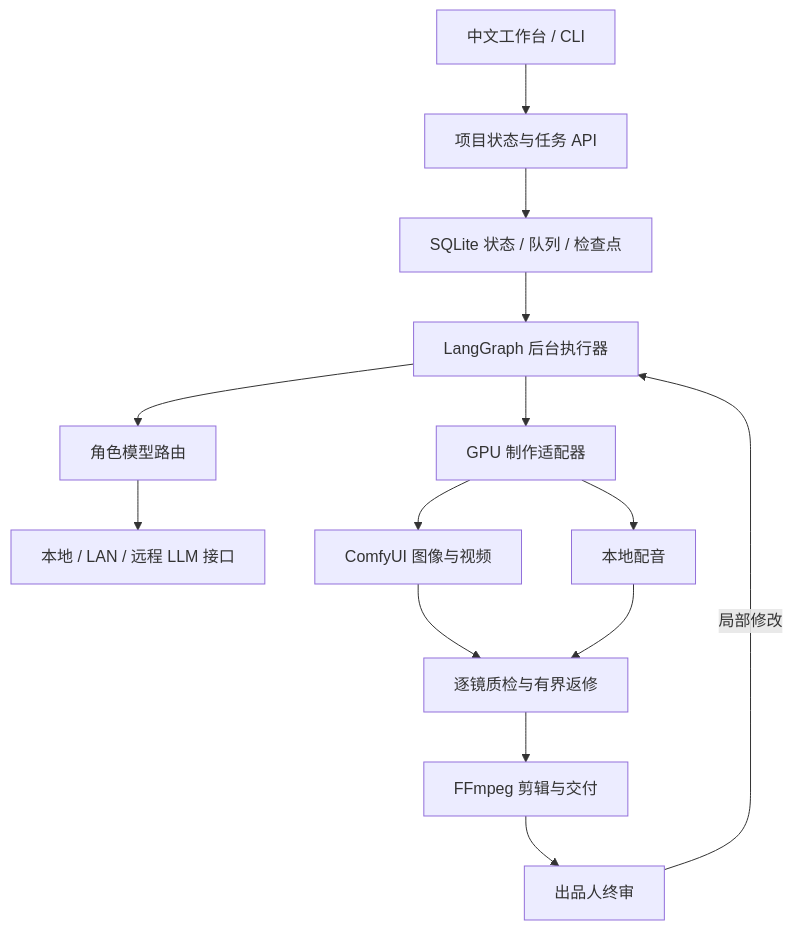
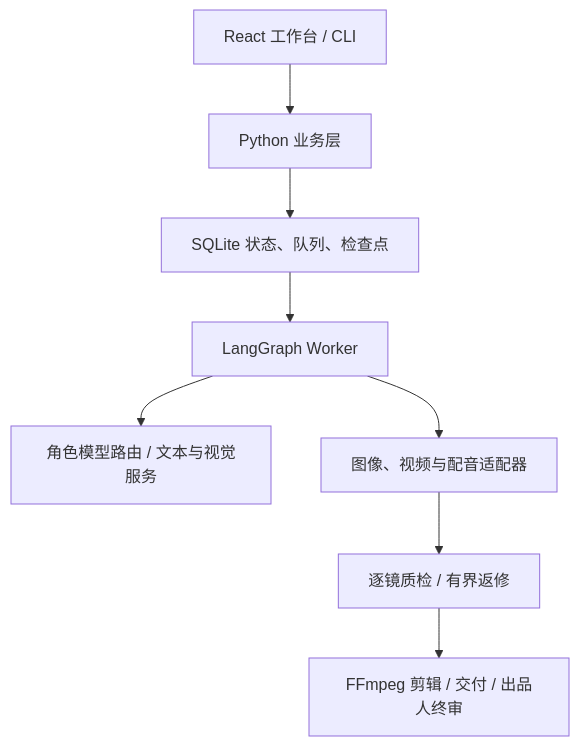
Before and after one commit to Xiiiing/ai-studio: the second of 2 diagrams in README.md, drawn with Mermaid. The commit also changed other lines of this file and 18 other files, not shown here.

````diff
--- a/README.md
+++ b/README.md
@@ -134,16 +134,10 @@
 ```mermaid
 flowchart TD
-  UI["中文工作台 / CLI"] --> API["项目状态与任务 API"]
-  API --> DB["SQLite 状态 / 队列 / 检查点"]
-  DB --> W["LangGraph 后台执行器"]
-  W --> R["角色模型路由"]
-  R --> L["本地 / LAN / 远程 LLM 接口"]
-  W --> G["GPU 制作适配器"]
-  G --> C["ComfyUI 图像与视频"]
-  G --> T["本地配音"]
-  C --> Q["逐镜质检与有界返修"]
-  T --> Q
-  Q --> E["FFmpeg 剪辑与交付"]
-  E --> D["出品人终审"]
-  D -->|局部修改| W
+  UI["React 工作台 / CLI"] --> API["Python 业务层"]
+  API --> DB["SQLite 状态、队列、检查点"]
+  DB --> W["LangGraph Worker"]
+  W --> L["角色模型路由 / 文本与视觉服务"]
+  W --> M["图像、视频与配音适配器"]
+  M --> Q["逐镜质检 / 有界返修"]
+  Q --> F["FFmpeg 剪辑 / 交付 / 出品人终审"]
 ```
````
